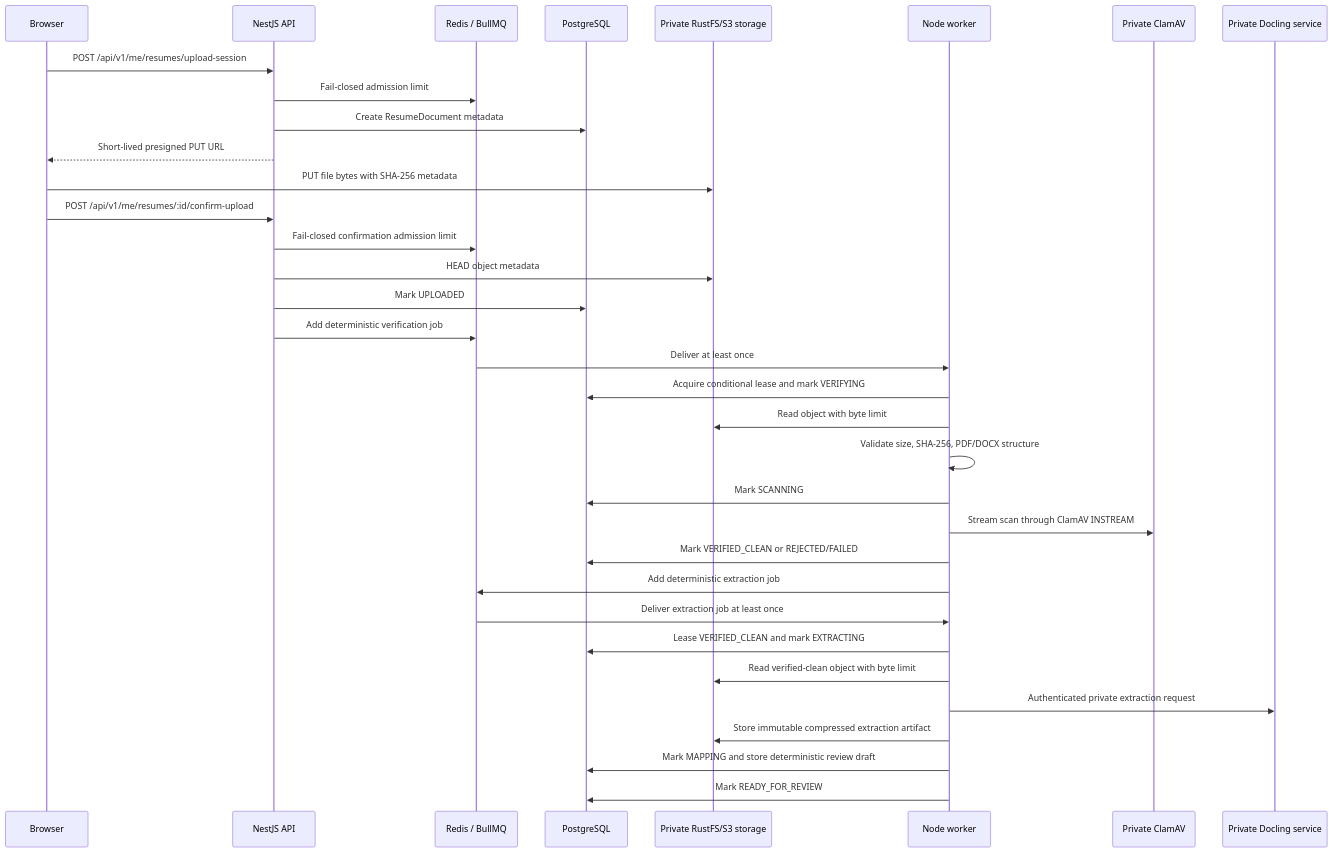
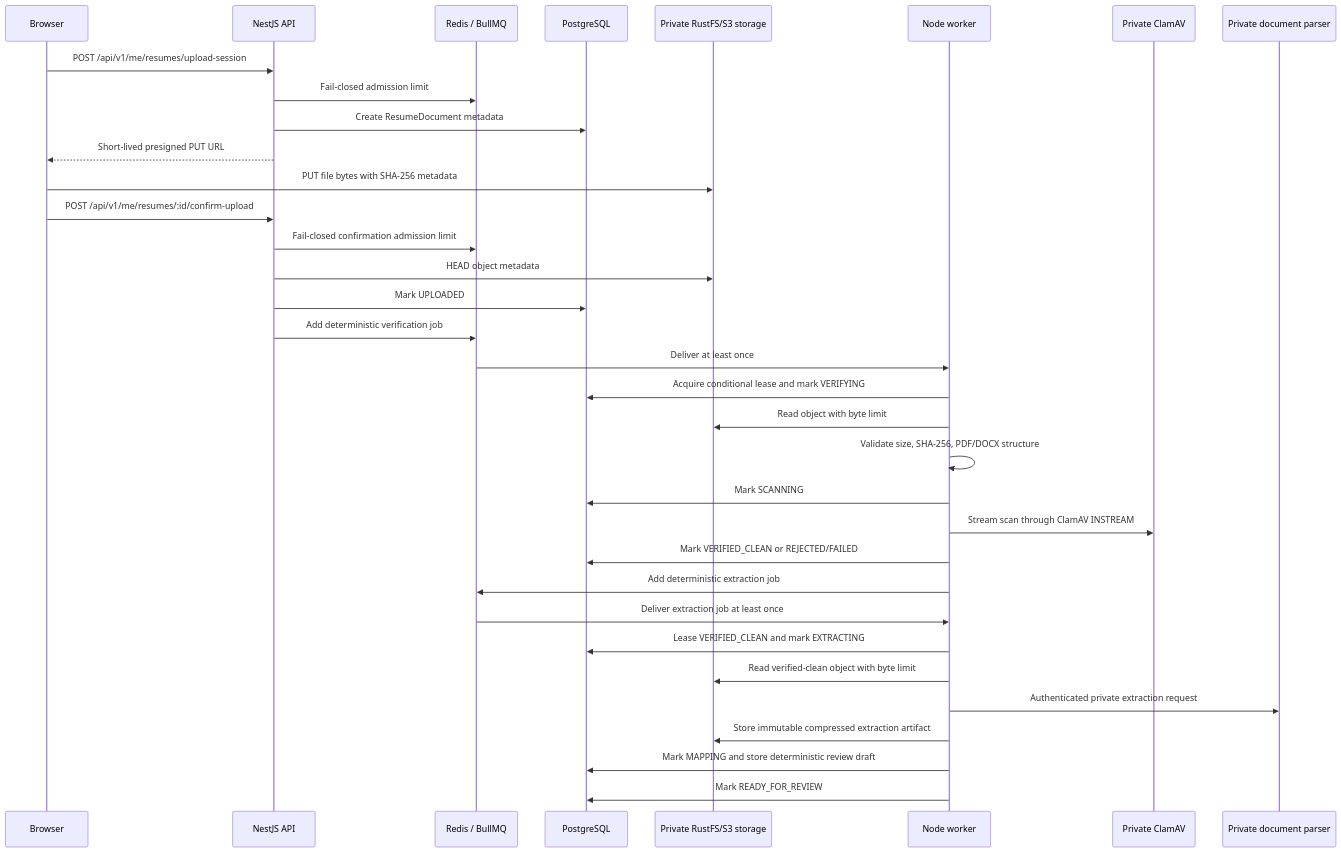
Before and after one commit to YounasKhan2/rolebrief: the sixth of 6 diagrams in README.md, drawn with Mermaid. The commit also changed other lines of this file and 24 other files, not shown here.

Commit message:
refactor(resumes): replace Docling with bounded document parser service

````diff
--- a/README.md
+++ b/README.md
@@ -299,37 +299,37 @@
 ```mermaid
 sequenceDiagram
   participant B as Browser
   participant A as NestJS API
   participant R as Redis / BullMQ
   participant D as PostgreSQL
   participant S as Private RustFS/S3 storage
   participant W as Node worker
   participant C as Private ClamAV
-  participant X as Private Docling service
+  participant X as Private document parser
 
   B->>A: POST /api/v1/me/resumes/upload-session
   A->>R: Fail-closed admission limit
   A->>D: Create ResumeDocument metadata
   A-->>B: Short-lived presigned PUT URL
   B->>S: PUT file bytes with SHA-256 metadata
   B->>A: POST /api/v1/me/resumes/:id/confirm-upload
   A->>R: Fail-closed confirmation admission limit
   A->>S: HEAD object metadata
   A->>D: Mark UPLOADED
   A->>R: Add deterministic verification job
   R->>W: Deliver at least once
   W->>D: Acquire conditional lease and mark VERIFYING
   W->>S: Read object with byte limit
   W->>W: Validate size, SHA-256, PDF/DOCX structure
   W->>D: Mark SCANNING
   W->>C: Stream scan through ClamAV INSTREAM
   W->>D: Mark VERIFIED_CLEAN or REJECTED/FAILED
   W->>R: Add deterministic extraction job
   R->>W: Deliver extraction job at least once
   W->>D: Lease VERIFIED_CLEAN and mark EXTRACTING
   W->>S: Read verified-clean object with byte limit
   W->>X: Authenticated private extraction request
   W->>S: Store immutable compressed extraction artifact
   W->>D: Mark MAPPING and store deterministic review draft
   W->>D: Mark READY_FOR_REVIEW
 ```
````
